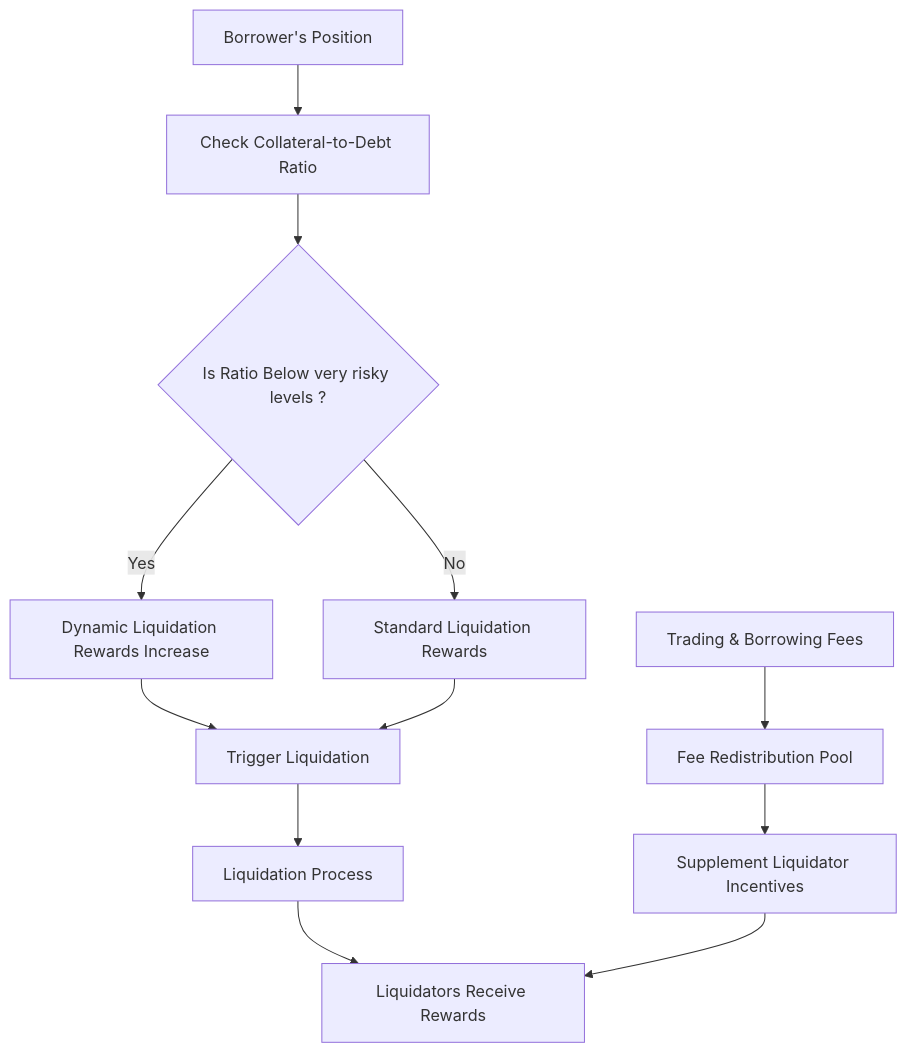
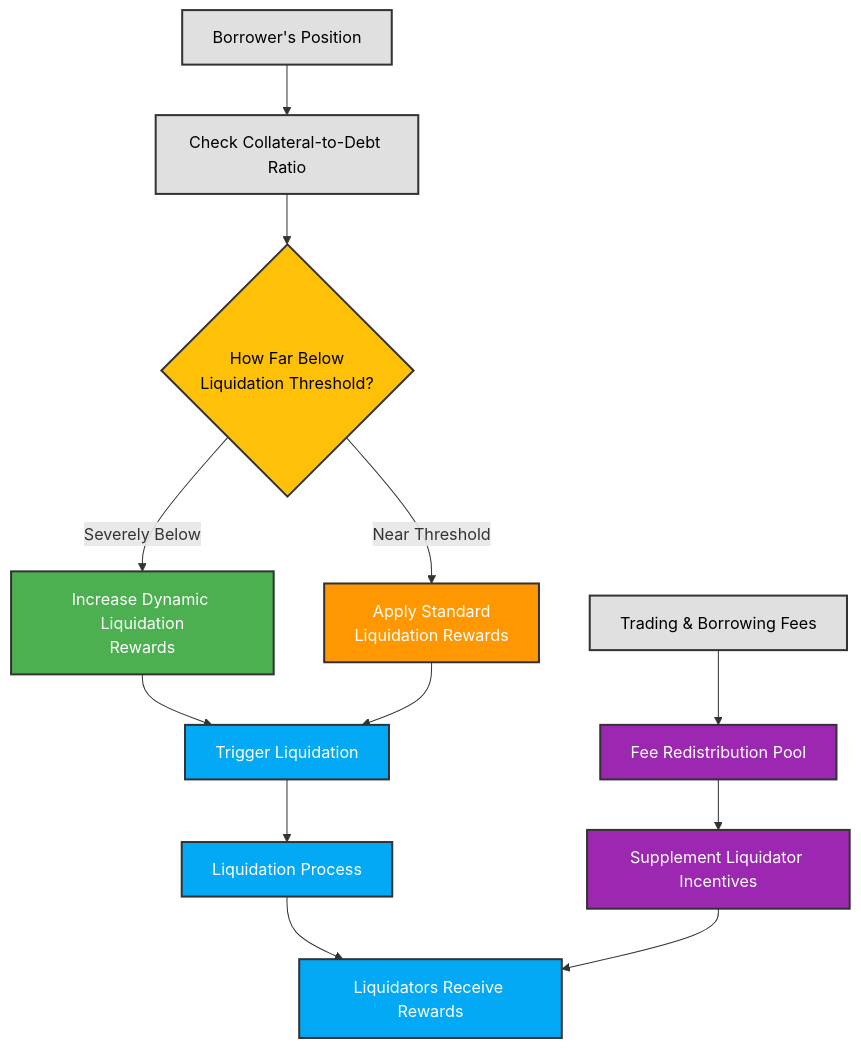
Before and after one commit to 0xumarkhatab/Fluid-Protocol-Research: the second of 4 diagrams in README.md, drawn with Mermaid. The commit also changed other lines of this file, not shown here.

````diff
--- a/README.md
+++ b/README.md
@@ -346,20 +368,31 @@
 ```mermaid
 flowchart TD
     A[Borrower's Position]
     B[Check Collateral-to-Debt Ratio]
     A --> B
-    B --> C{Is Ratio Below very risky levels ?}
-    C -- Yes --> D[Dynamic Liquidation Rewards Increase]
-    C -- No --> E[Standard Liquidation Rewards]
-    
+    B --> C{How Far Below<br/>Liquidation Threshold?}
+    C -- "Severely Below" --> D[Increase Dynamic Liquidation<br/>Rewards]
+    C -- "Near Threshold" --> E[Apply Standard<br/>Liquidation Rewards]
     D --> F[Trigger Liquidation]
     E --> F
     F --> G[Liquidation Process]
     G --> H[Liquidators Receive Rewards]
     
     I[Trading & Borrowing Fees]
     I --> J[Fee Redistribution Pool]
     J --> K[Supplement Liquidator Incentives]
     K --> H
 
+    %% Styling nodes for readability on both white and dark backgrounds
+    style A fill:#E0E0E0,stroke:#333,stroke-width:2px, color:#000
+    style B fill:#E0E0E0,stroke:#333,stroke-width:2px, color:#000
+    style C fill:#FFC107,stroke:#333,stroke-width:2px, color:#000
+    style D fill:#4CAF50,stroke:#333,stroke-width:2px, color:#fff
+    style E fill:#FF9800,stroke:#333,stroke-width:2px, color:#fff
+    style F fill:#03A9F4,stroke:#333,stroke-width:2px, color:#fff
+    style G fill:#03A9F4,stroke:#333,stroke-width:2px, color:#fff
+    style H fill:#03A9F4,stroke:#333,stroke-width:2px, color:#fff
+    style I fill:#E0E0E0,stroke:#333,stroke-width:2px, color:#000
+    style J fill:#9C27B0,stroke:#333,stroke-width:2px, color:#fff
+    style K fill:#9C27B0,stroke:#333,stroke-width:2px, color:#fff
 ```
````
